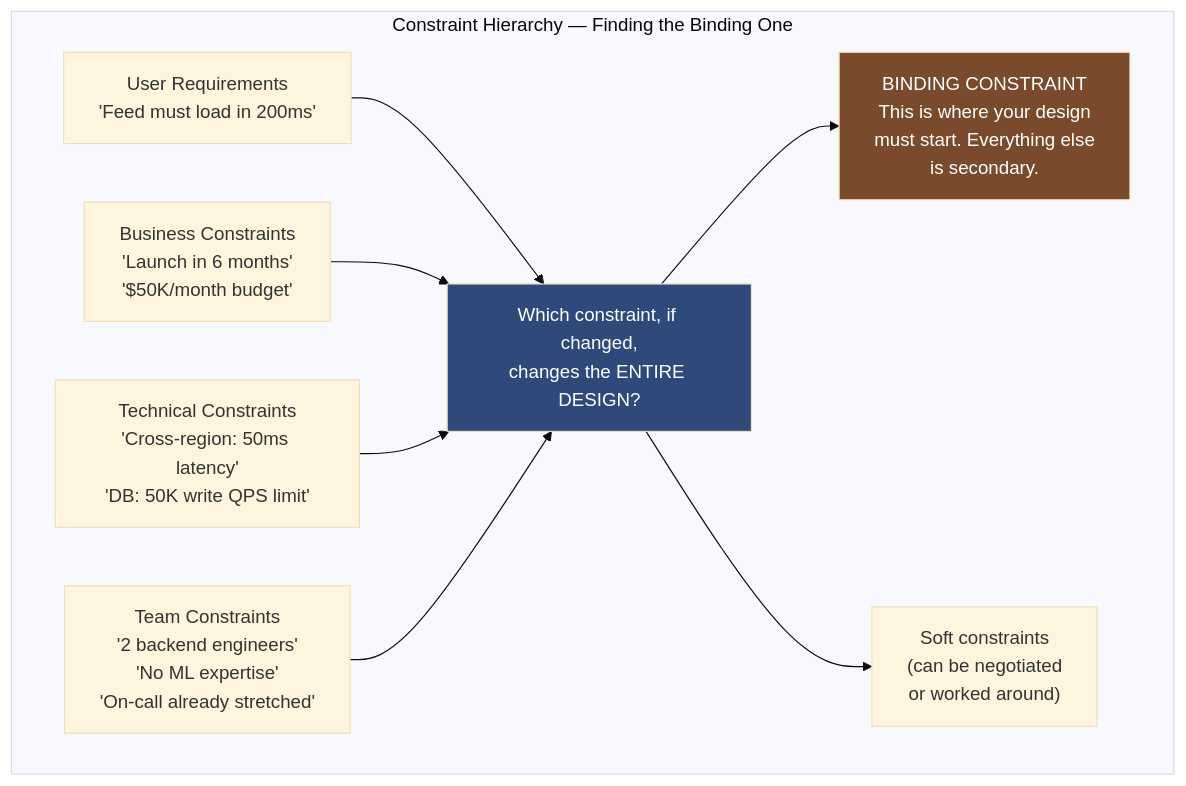
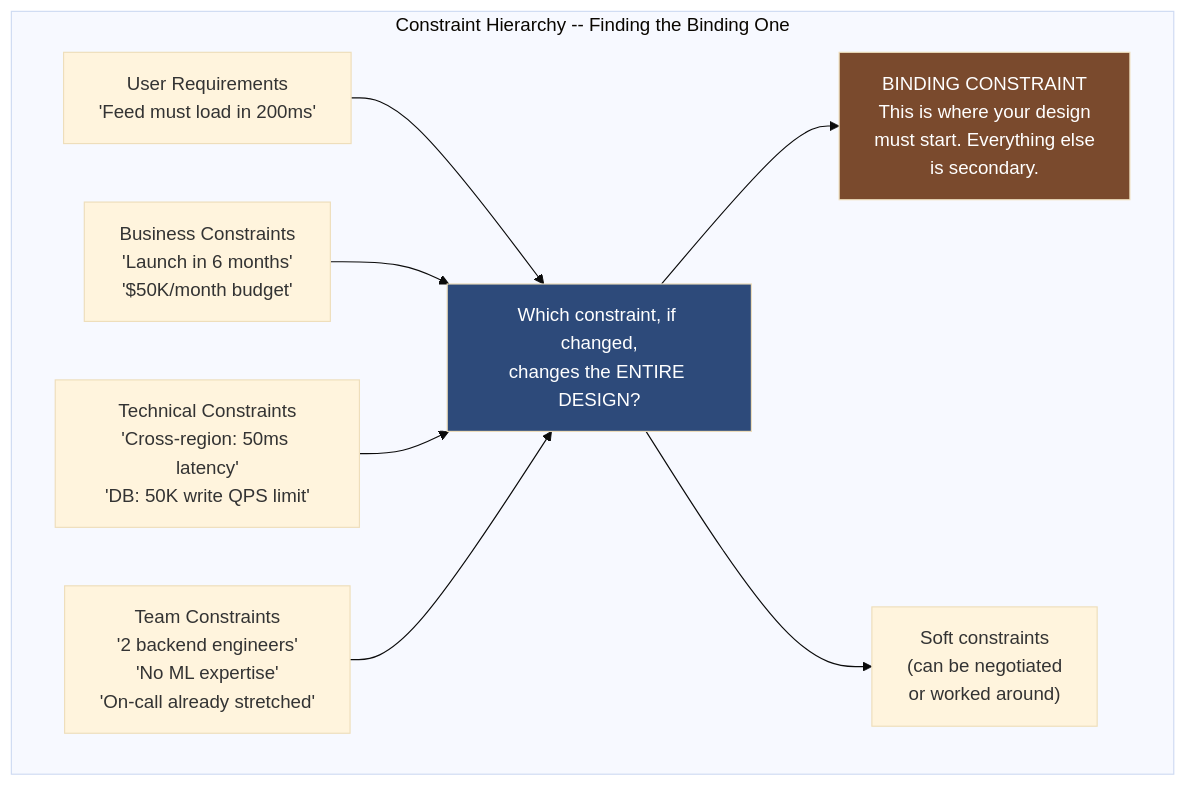
One commit to ranjeetnegi/System-Design-for-Staff-SWE changed the fifth of 14 diagrams in Section1/Chapter_11_Trade_offs_Constraints_and_Decision_Making.md. Above: the diagram before and after it, drawn with Mermaid (base theme). The commit also changed other lines of this file and 11 other files, not shown here.

````diff
--- a/Section1/Chapter_11_Trade_offs_Constraints_and_Decision_Making.md
+++ b/Section1/Chapter_11_Trade_offs_Constraints_and_Decision_Making.md
@@ -451,21 +451,21 @@
 ```mermaid
 flowchart TD
-    subgraph "Constraint Hierarchy — Finding the Binding One"
+    subgraph "Constraint Hierarchy -- Finding the Binding One"
         UR["User Requirements\n'Feed must load in 200ms'"]
         BC["Business Constraints\n'Launch in 6 months'\n'$50K/month budget'"]
         TC["Technical Constraints\n'Cross-region: 50ms latency'\n'DB: 50K write QPS limit'"]
         TeamC["Team Constraints\n'2 backend engineers'\n'No ML expertise'\n'On-call already stretched'"]
         
         UR --> Q["Which constraint, if changed,\nchanges the ENTIRE DESIGN?"]
         BC --> Q
         TC --> Q
         TeamC --> Q
         
         Q --> BIND["BINDING CONSTRAINT\nThis is where your design\nmust start. Everything else\nis secondary."]
         
         Q --> NEGO["Soft constraints\n(can be negotiated\nor worked around)"]
     end
     
     style BIND fill:#7a4a2d,color:#fff
     style Q fill:#2d4a7a,color:#fff
 ```
````
